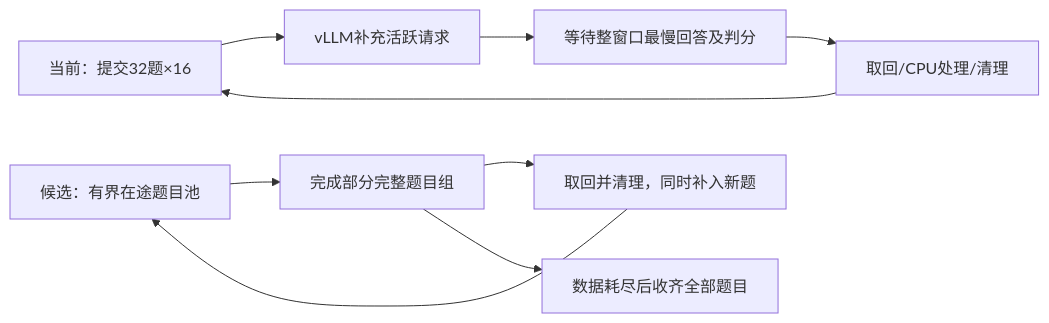
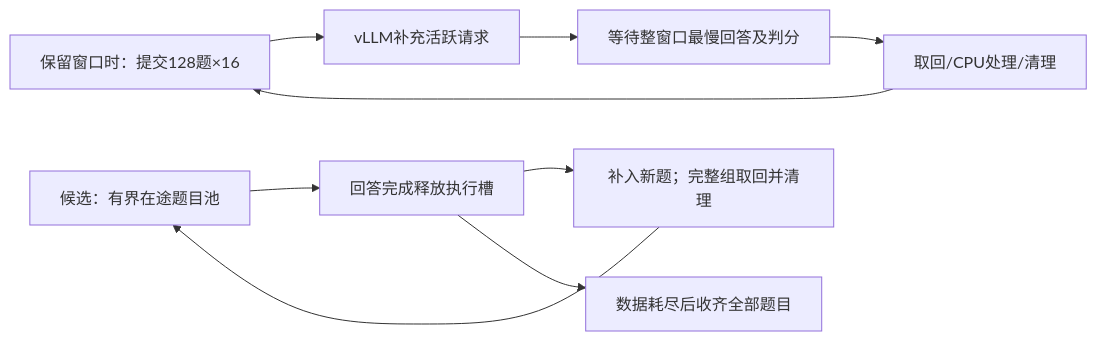
One commit to WncFht/MirrorOPD-verl changed the second of 2 diagrams in examples/mirroropd/docs/infra/2026-10-22-批量大小与GPU利用率调优.md. Above: the diagram before and after it, drawn with Mermaid. The commit also changed other lines of this file and 63 other files, not shown here.

````diff
--- a/examples/mirroropd/docs/infra/2026-10-22-批量大小与GPU利用率调优.md
+++ b/examples/mirroropd/docs/infra/2026-10-22-批量大小与GPU利用率调优.md
@@ -222,11 +222,11 @@
 ```mermaid
 flowchart LR
-    A["当前：提交32题×16"] --> B["vLLM补充活跃请求"]
+    A["保留窗口时：提交128题×16"] --> B["vLLM补充活跃请求"]
     B --> C["等待整窗口最慢回答及判分"]
     C --> D["取回/CPU处理/清理"]
     D --> A
-    E["候选：有界在途题目池"] --> F["完成部分完整题目组"]
-    F --> G["取回并清理，同时补入新题"]
+    E["候选：有界在途题目池"] --> F["回答完成释放执行槽"]
+    F --> G["补入新题；完整组取回并清理"]
     G --> E
     F --> H["数据耗尽后收齐全部题目"]
 ```
````
